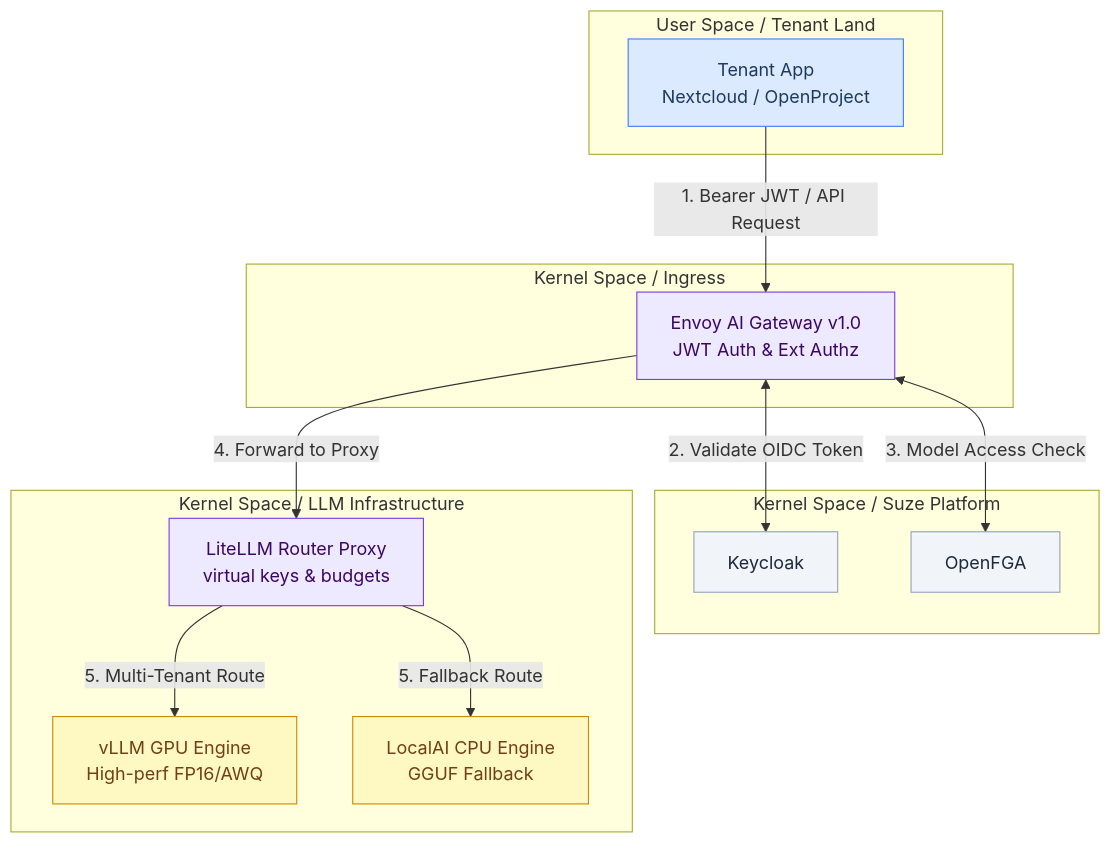
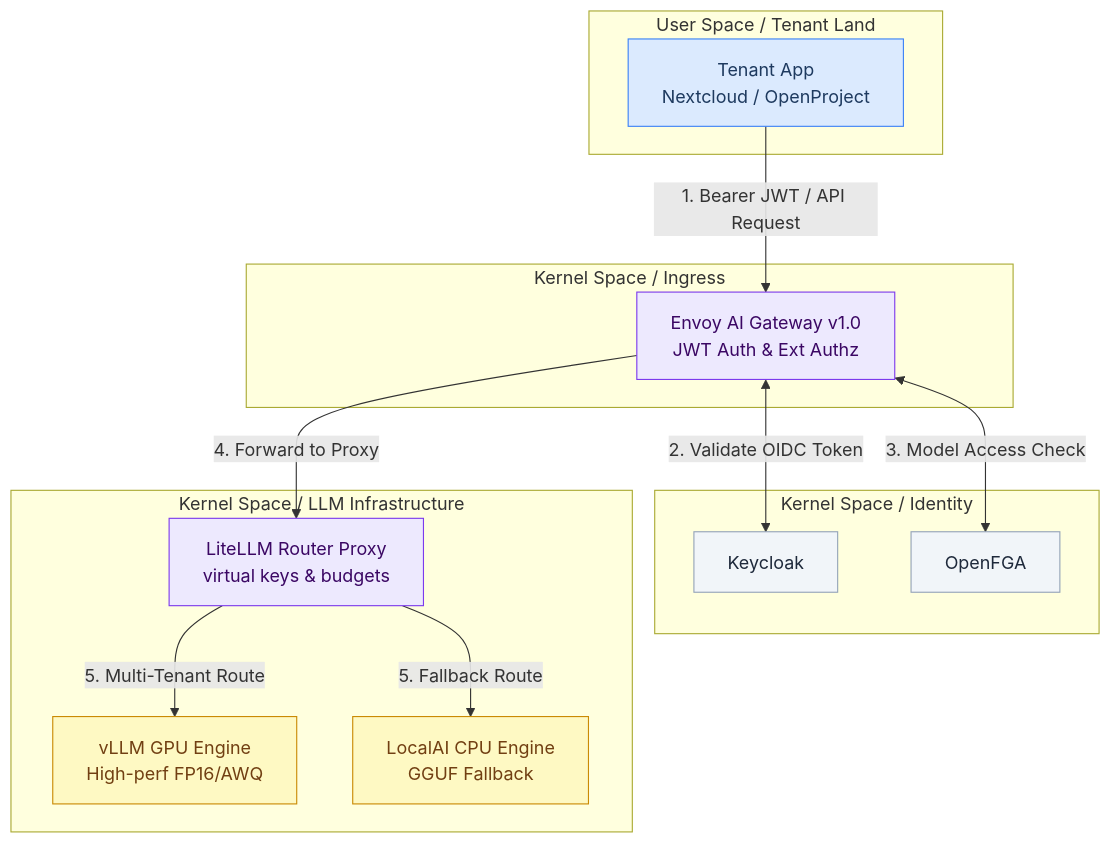
One commit to gentian-org/gentian-os changed the first of 2 diagrams in docs/design/llms.md. Above: the diagram before and after it, drawn with Mermaid. The commit also changed other lines of this file and 6 other files, not shown here.

````diff
--- a/docs/design/llms.md
+++ b/docs/design/llms.md
@@ -56,34 +56,34 @@
 ```mermaid
 flowchart TB
     classDef client  fill:#dbeafe,stroke:#3b82f6,color:#1e3a5f
     classDef kernel  fill:#f1f5f9,stroke:#94a3b8,color:#1e293b
     classDef gateway fill:#ede9fe,stroke:#7c3aed,color:#3b0764
     classDef engine  fill:#fef9c3,stroke:#ca8a04,color:#713f12
     classDef tenant  fill:#dcfce7,stroke:#16a34a,color:#14532d
 
     subgraph Client [User Space / Tenant Land]
         App[Tenant App<br/>Nextcloud / OpenProject]:::client
     end
 
     subgraph Edge [Kernel Space / Ingress]
         EAG["Envoy AI Gateway v1.0<br/>JWT Auth & Ext Authz"]:::gateway
     end
 
-    subgraph Auth [Kernel Space / Suze Platform]
+    subgraph Auth [Kernel Space / Identity]
         KC[Keycloak]:::kernel
         OFG[OpenFGA]:::kernel
     end
 
     subgraph Serving [Kernel Space / LLM Infrastructure]
         LLP["LiteLLM Router Proxy<br/>virtual keys & budgets"]:::gateway
         vLLM["vLLM GPU Engine<br/>High-perf FP16/AWQ"]:::engine
         LAI["LocalAI CPU Engine<br/>GGUF Fallback"]:::engine
     end
 
     App -->|1. Bearer JWT / API Request| EAG
     EAG <-->|2. Validate OIDC Token| KC
     EAG <-->|3. Model Access Check| OFG
     EAG -->|4. Forward to Proxy| LLP
     LLP -->|5. Multi-Tenant Route| vLLM
     LLP -->|5. Fallback Route| LAI
 ```
````
